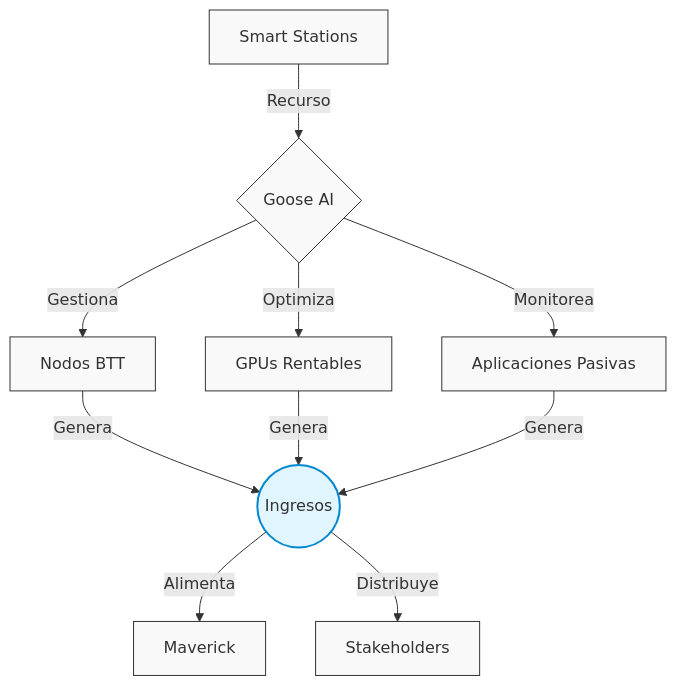
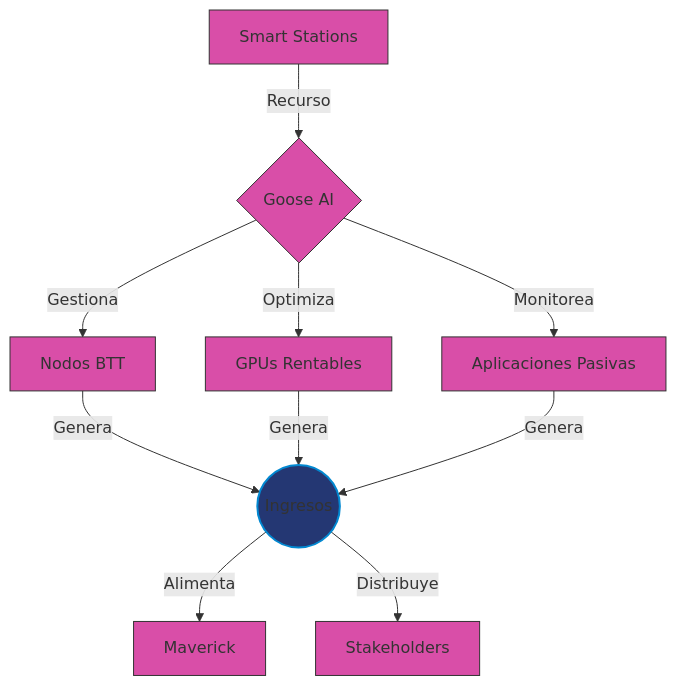
Before and after one commit to CryptoPlazaHQ/CryptoPlaza: the first of 3 diagrams in Commercial/MVP.md, drawn with Mermaid.

Commit message:
Update MVP.md
color pallette

````diff
--- a/Commercial/MVP.md
+++ b/Commercial/MVP.md
@@ -48,17 +48,17 @@
 ```mermaid
 graph TD
     A[Smart Stations] -->|Recurso| B{Goose AI}
     B -->|Gestiona| C[Nodos BTT]
     B -->|Optimiza| D[GPUs Rentables]
     B -->|Monitorea| E[Aplicaciones Pasivas]
     C -->|Genera| F((Ingresos))
     D -->|Genera| F
     E -->|Genera| F
     F -->|Alimenta| G[Maverick]
     F -->|Distribuye| H[Stakeholders]
     
     class A,B,C,D,E,F,G,H node
-    classDef node fill:#f9f9f9,stroke:#333,stroke-width:1px
-    classDef output fill:#e1f5fe,stroke:#0288d1,stroke-width:2px
+    classDef node fill:#d94ea8,stroke:#333,stroke-width:1px
+    classDef output fill:#243773,stroke:#0288d1,stroke-width:2px
     class F output
 ```
````
